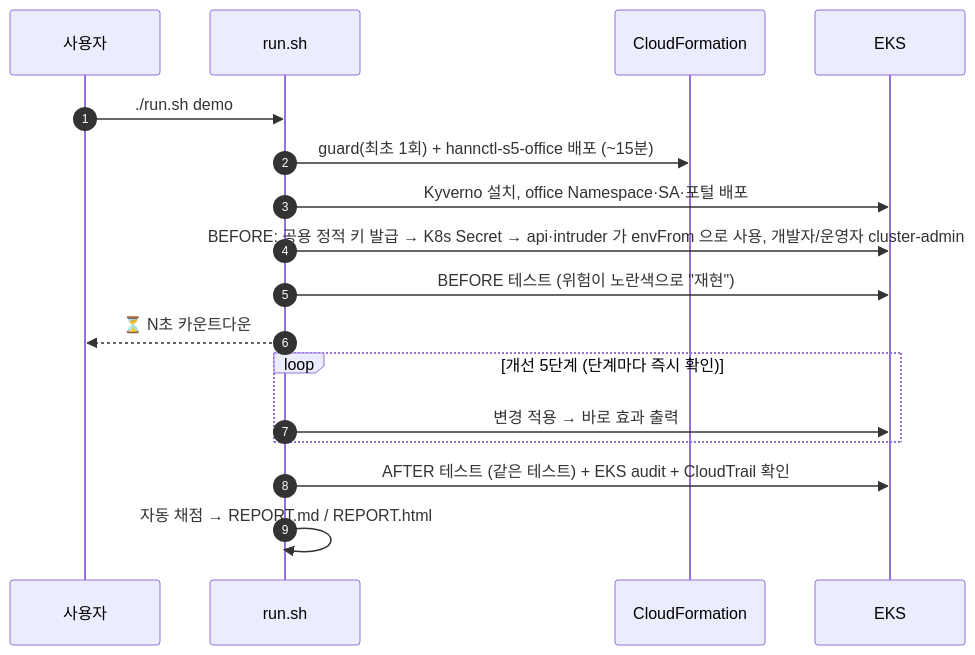
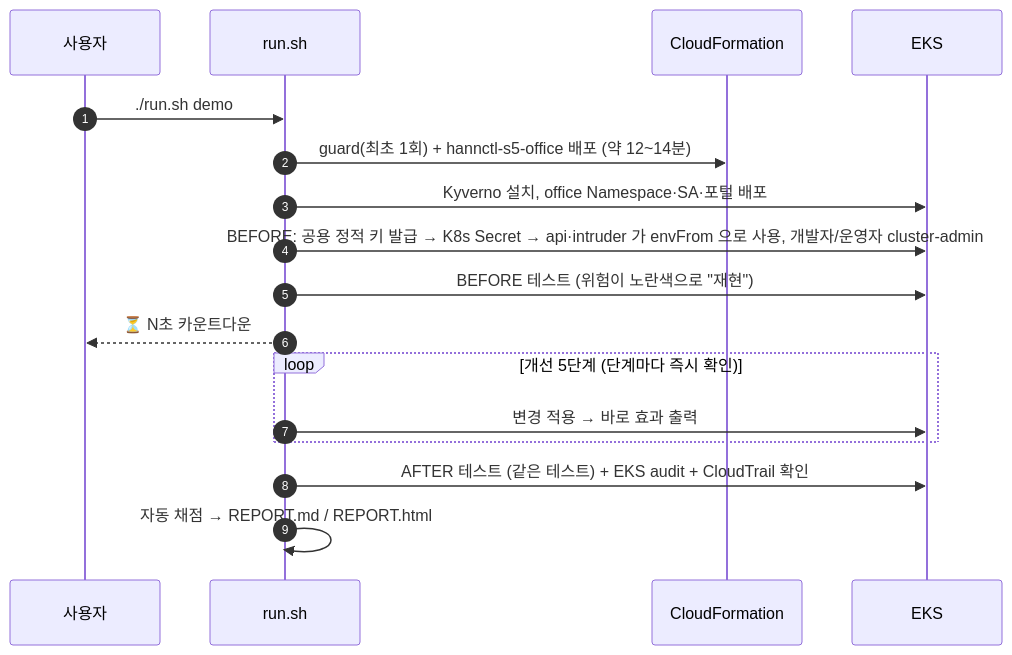
The fourth of 4 diagrams in s5-secret-iam-least-privilege/README.md (kimjhtlzk/hannctl_mentoring), drawn with Mermaid before and after one commit. The commit also changed other lines of this file and 184 other files, not shown here.

````diff
--- a/s5-secret-iam-least-privilege/README.md
+++ b/s5-secret-iam-least-privilege/README.md
@@ -213,19 +216,19 @@
 ```mermaid
 sequenceDiagram
   autonumber
   participant U as 사용자
   participant R as run.sh
   participant CF as CloudFormation
   participant K as EKS
   U->>R: ./run.sh demo
-  R->>CF: guard(최초 1회) + hannctl-s5-office 배포 (~15분)
+  R->>CF: guard(최초 1회) + hannctl-s5-office 배포 (약 12~14분)
   R->>K: Kyverno 설치, office Namespace·SA·포털 배포
   R->>K: BEFORE: 공용 정적 키 발급 → K8s Secret → api·intruder 가 envFrom 으로 사용, 개발자/운영자 cluster-admin
   R->>K: BEFORE 테스트 (위험이 노란색으로 "재현")
   R-->>U: ⏳ N초 카운트다운
   loop 개선 5단계 (단계마다 즉시 확인)
     R->>K: 변경 적용 → 바로 효과 출력
   end
   R->>K: AFTER 테스트 (같은 테스트) + EKS audit + CloudTrail 확인
   R->>R: 자동 채점 → REPORT.md / REPORT.html
 ```
````
